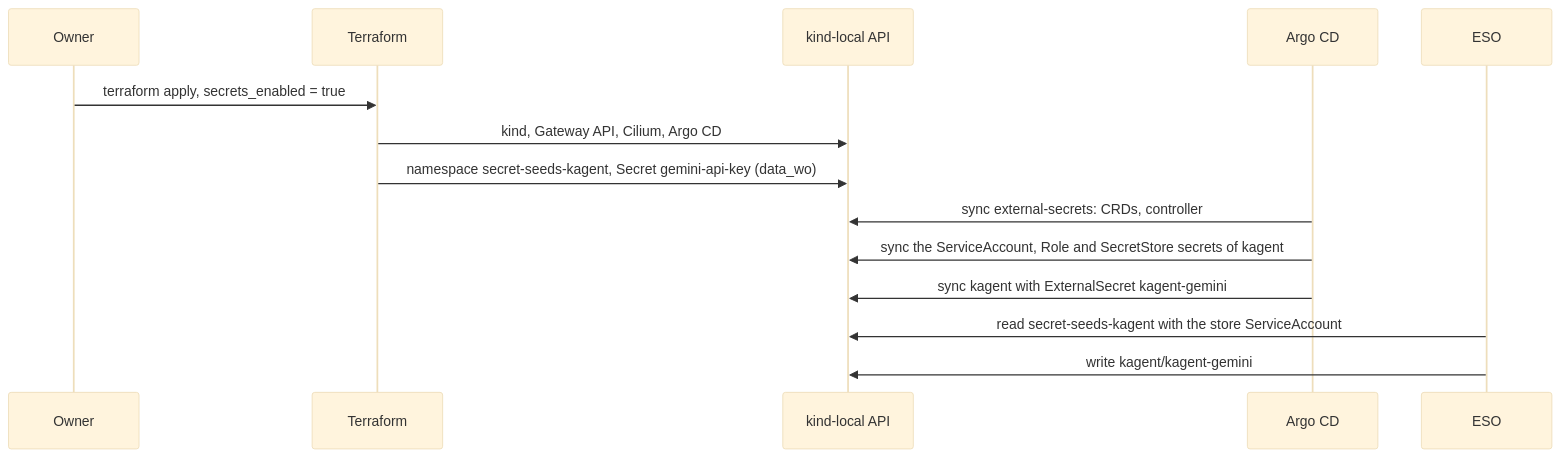
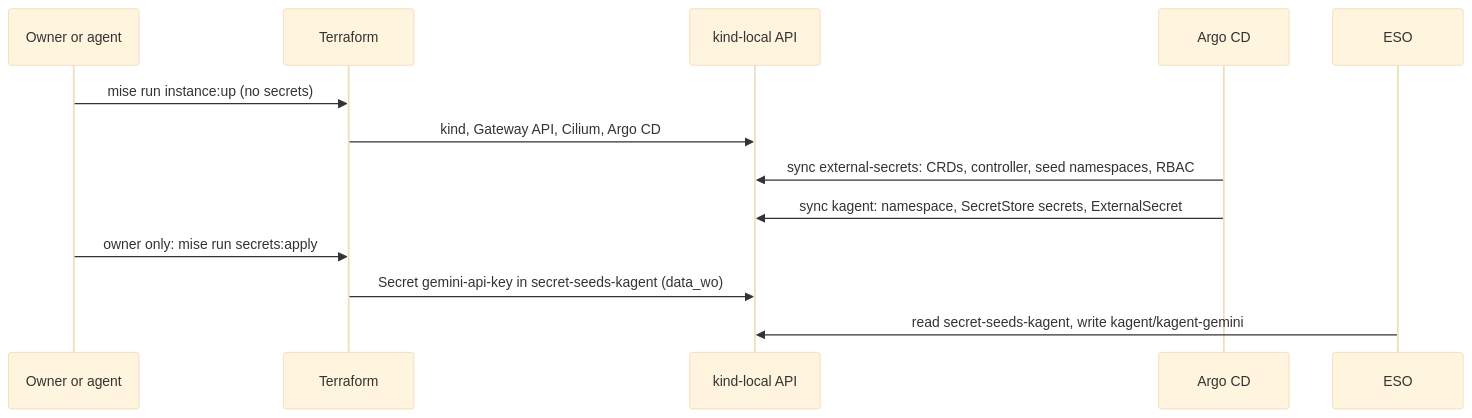
The second of 2 diagrams in docs/records/rfcs/0006-secrets-management.md (gsuquet/homelab), drawn with Mermaid (base theme) before and after one commit. The commit also changed other lines of this file, not shown here.

````diff
--- a/docs/records/rfcs/0006-secrets-management.md
+++ b/docs/records/rfcs/0006-secrets-management.md
@@ -233,16 +221,15 @@
 ```mermaid
 sequenceDiagram
-    participant O as Owner
+    participant O as Owner or agent
     participant TF as Terraform
     participant K as kind-local API
     participant A as Argo CD
     participant E as ESO
-    O->>TF: terraform apply, secrets_enabled = true
+    O->>TF: mise run instance:up (no secrets)
     TF->>K: kind, Gateway API, Cilium, Argo CD
-    TF->>K: namespace secret-seeds-kagent, Secret gemini-api-key (data_wo)
-    A->>K: sync external-secrets: CRDs, controller
-    A->>K: sync the ServiceAccount, Role and SecretStore secrets of kagent
-    A->>K: sync kagent with ExternalSecret kagent-gemini
-    E->>K: read secret-seeds-kagent with the store ServiceAccount
-    E->>K: write kagent/kagent-gemini
+    A->>K: sync external-secrets: CRDs, controller, seed namespaces, RBAC
+    A->>K: sync kagent: namespace, SecretStore secrets, ExternalSecret
+    O->>TF: owner only: mise run secrets:apply
+    TF->>K: Secret gemini-api-key in secret-seeds-kagent (data_wo)
+    E->>K: read secret-seeds-kagent, write kagent/kagent-gemini
 ```
````
